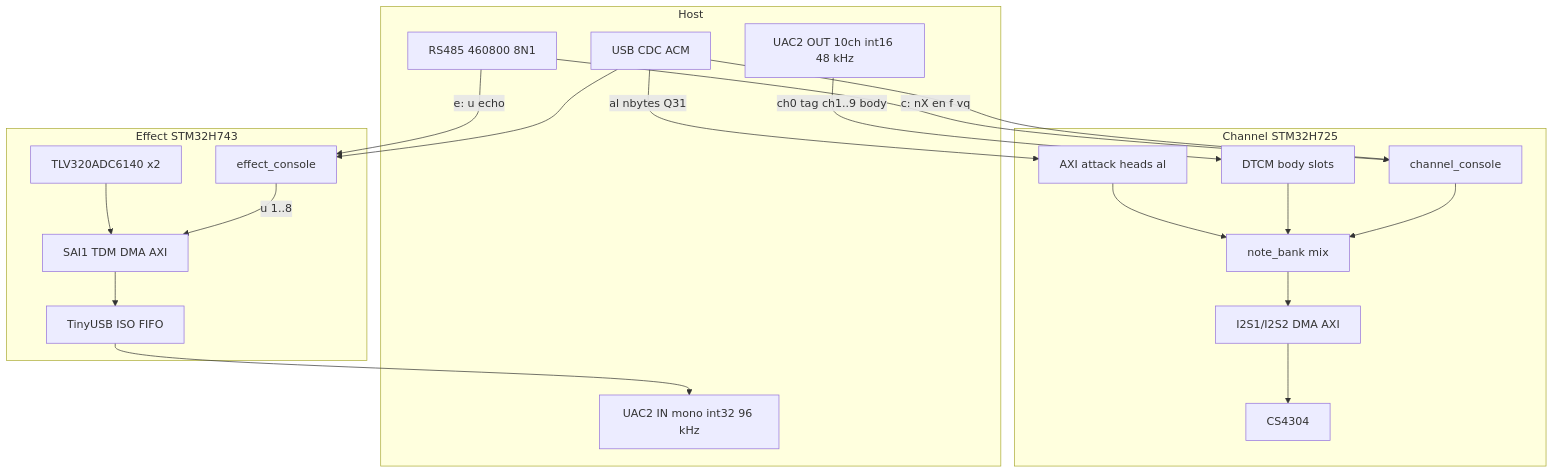
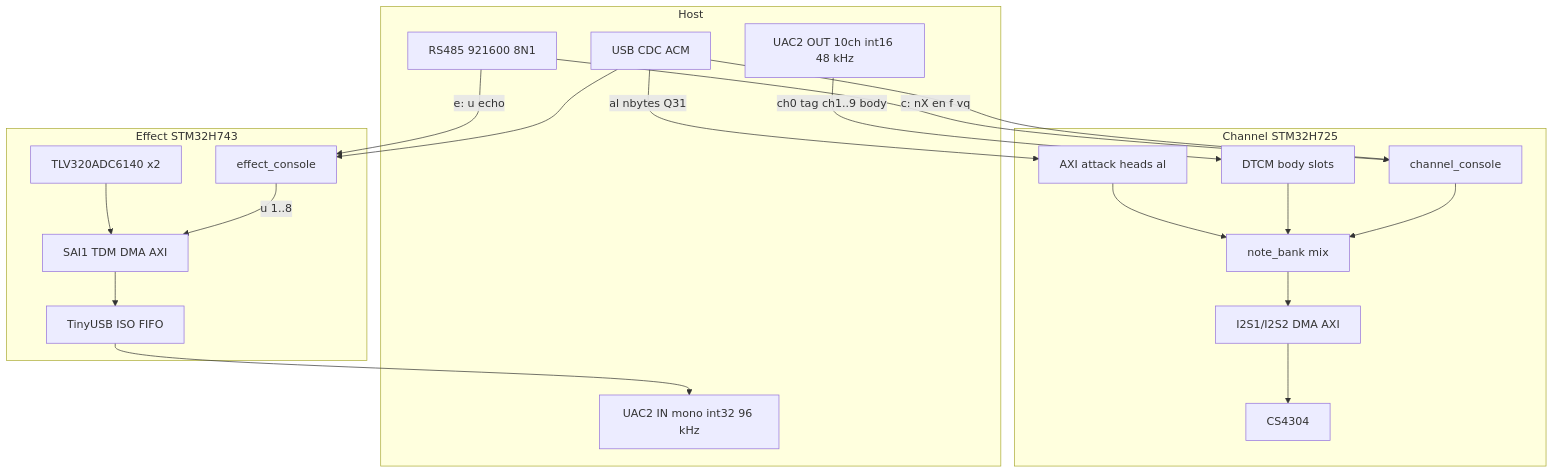
The first of 5 diagrams in docs/diagrams/card_data_flow.md (narendrabhatt-freshwater/firmware), drawn with Mermaid before and after one commit. The commit also changed other lines of this file and 39 other files, not shown here.

````diff
--- a/docs/diagrams/card_data_flow.md
+++ b/docs/diagrams/card_data_flow.md
@@ -17,38 +17,38 @@
 ```mermaid
 flowchart TB
   subgraph host [Host]
-    RS485[RS485 460800 8N1]
+    RS485[RS485 921600 8N1]
     CDC[USB CDC ACM]
     UacOut[UAC2 OUT 10ch int16 48 kHz]
     UacIn[UAC2 IN mono int32 96 kHz]
   end
 
   subgraph ch [Channel STM32H725]
     ChCon[channel_console]
     ChAtk[AXI attack heads al]
     ChRing[DTCM body slots]
     ChMix[note_bank mix]
     ChI2S[I2S1/I2S2 DMA AXI]
     ChDac[CS4304]
   end
 
   subgraph fx [Effect STM32H743]
     FxCon[effect_console]
     FxSai[SAI1 TDM DMA AXI]
     FxAdc[TLV320ADC6140 x2]
     FxFifo[TinyUSB ISO FIFO]
   end
 
   RS485 -->|"c: nX en f vq"| ChCon
   RS485 -->|"e: u echo"| FxCon
   CDC -->|"al nbytes Q31"| ChAtk
   CDC --> ChCon
   CDC --> FxCon
   UacOut -->|"ch0 tag ch1..9 body"| ChRing
   ChAtk --> ChMix
   ChRing --> ChMix
   ChCon --> ChMix
   ChMix --> ChI2S --> ChDac
   FxAdc --> FxSai --> FxFifo --> UacIn
   FxCon -->|"u 1..8"| FxSai
 ```
````
